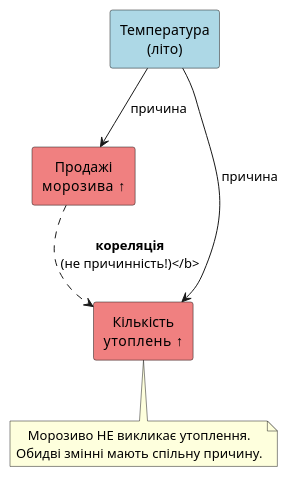
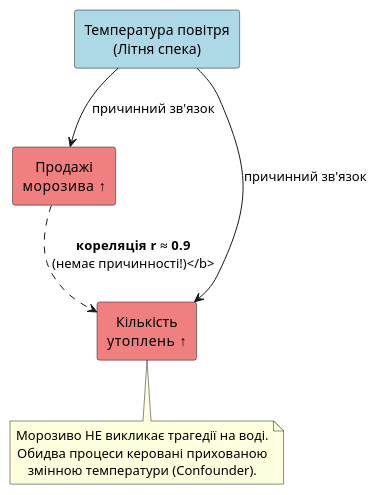
Before and after one commit to arakviel/kostyl.dev: the third of 4 diagrams in content/16.ai-python/04.statistics-basics/05.correlation.md, drawn with PlantUML. The commit also changed other lines of this file and 15 other files, not shown here.

````diff
--- a/content/16.ai-python/04.statistics-basics/05.correlation.md
+++ b/content/16.ai-python/04.statistics-basics/05.correlation.md
@@ -571,22 +723,23 @@
 ```plantuml
 @startuml
 skinparam style plain
 skinparam backgroundColor #FFFFFF
 skinparam defaultTextAlignment center
 
-rectangle "Температура\n(літо)" as temp #LightBlue
+rectangle "Температура повітря\n(Літня спека)" as temp #LightBlue
 
 rectangle "Продажі\nморозива ↑" as ice #LightCoral
 rectangle "Кількість\nутоплень ↑" as drown #LightCoral
 
-temp -down-> ice : причина
-temp -down-> drown : причина
+temp -down-> ice : причинний зв'язок
+temp -down-> drown : причинний зв'язок
 
-ice ..> drown : <b>кореляція\n(не причинність!)</b>
+ice ..> drown : <b>кореляція r ≈ 0.9\n(немає причинності!)</b>
 
 note bottom of drown
-  Морозиво НЕ викликає утоплення.
-  Обидві змінні мають спільну причину.
+  Морозиво НЕ викликає трагедії на воді.
+  Обидва процеси керовані прихованою
+  змінною температури (Confounder).
 end note
 @enduml
 ```
````
